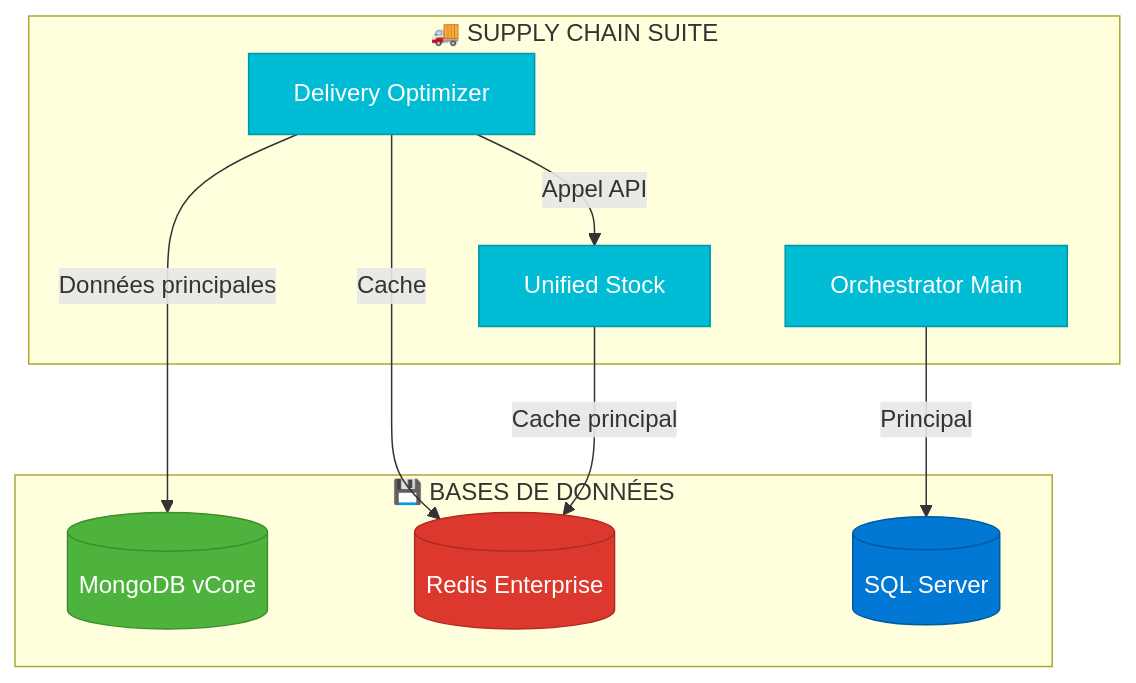
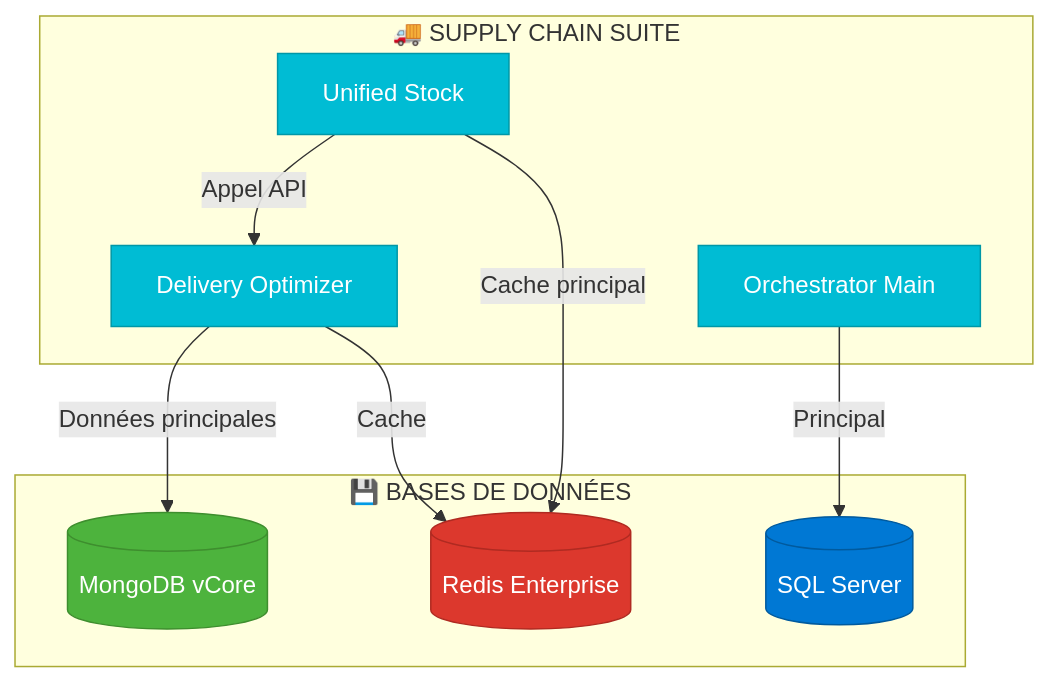
The fourth of 5 diagrams in fr-fr/architecture/architecture.md (altazion/altazion-dev), drawn with Mermaid before and after one commit. The commit also changed other lines of this file and 4 other files, not shown here.

Commit message:
graphiques

````diff
--- a/fr-fr/architecture/architecture.md
+++ b/fr-fr/architecture/architecture.md
@@ -206,35 +205,37 @@
 ```mermaid
 graph TB
     subgraph "💾 BASES DE DONNÉES"
         MONGO[(MongoDB vCore)]
         REDIS[(Redis Enterprise)]
         SQL[(SQL Server)]
     end
 
     subgraph "🚚 SUPPLY CHAIN SUITE"
         OMAIN[Orchestrator Main]
         DELIV[Delivery Optimizer]
         USTOCK[Unified Stock]
     end
 
-    %% Connexions Orchestrator Main
+    %% Connexions SQL Server
     OMAIN -->|Principal| SQL
     
-    %% Connexions Delivery Optimizer
+    %% Connexions MongoDB
     DELIV -->|Données principales| MONGO
+    
+    %% Connexions Redis
     DELIV -->|Cache| REDIS
-    DELIV -->|Appel API| USTOCK
+    USTOCK -->|Cache principal| REDIS
     
-    %% Connexions Unified Stock
-    USTOCK -->|Cache principal| REDIS
+    %% Appels API inter-composants
+    USTOCK -->|Appel API| DELIV
 
     %% Style des applications Supply Chain
     style OMAIN fill:#00BCD4,stroke:#0097A7,color:#fff
     style DELIV fill:#00BCD4,stroke:#0097A7,color:#fff
     style USTOCK fill:#00BCD4,stroke:#0097A7,color:#fff
     
     %% Style des bases de données
     style MONGO fill:#4DB33D,stroke:#3E8E2E,color:#fff
     style REDIS fill:#DC382D,stroke:#B02A21,color:#fff
     style SQL fill:#0078D4,stroke:#005A9E,color:#fff
 ```
````
